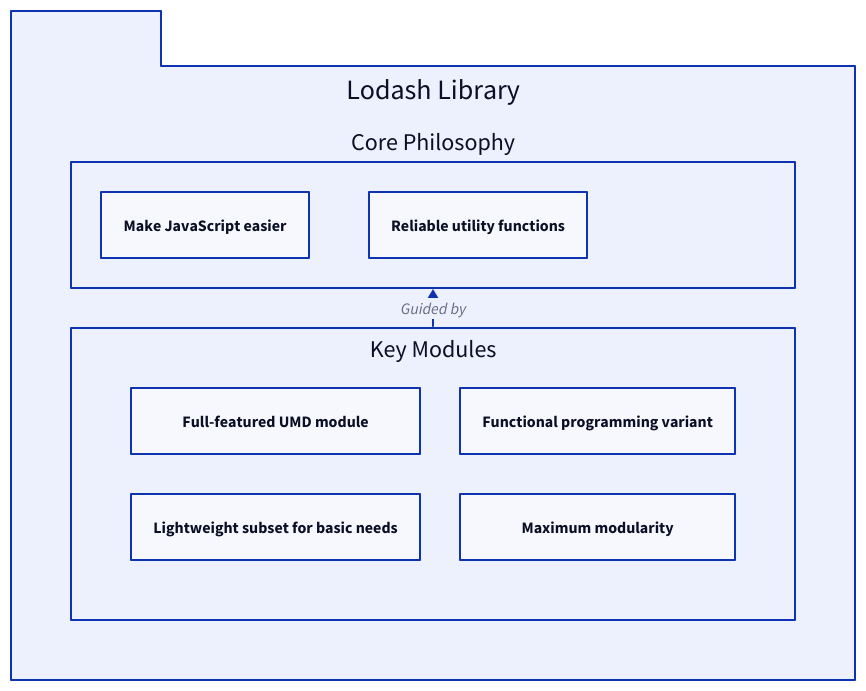
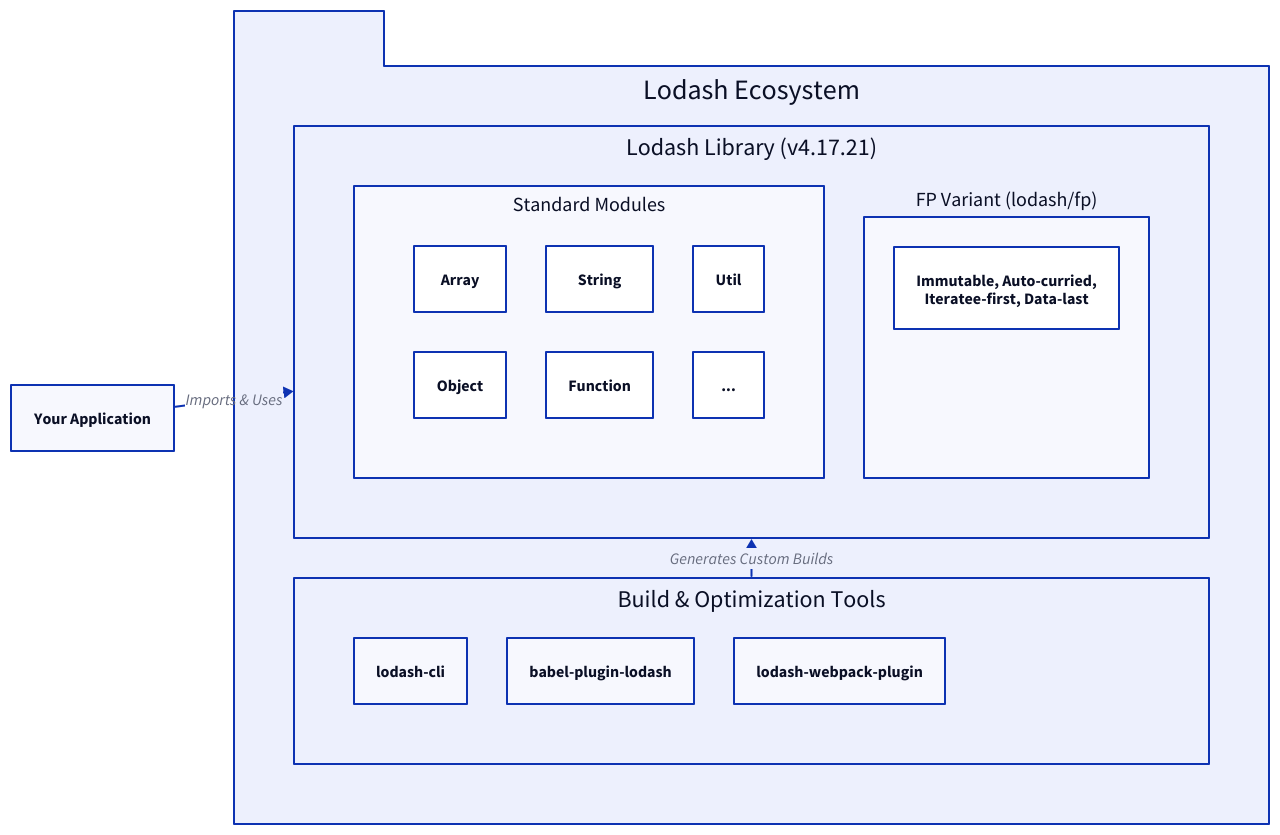
The diagram in .aigne/doc-smith/docs/overview.md (lban2049/lodash), drawn with D2 before and after one commit. The commit also changed other lines of this file and 40 other files, not shown here.

````diff
--- a/.aigne/doc-smith/docs/overview.md
+++ b/.aigne/doc-smith/docs/overview.md
@@ -19,25 +16,47 @@
 ```d2
 direction: down
 
-"Lodash Library": {
+Your-Application: {
+  shape: rectangle
+  label: "Your Application"
+}
+
+Lodash-Ecosystem: {
   shape: package
+  label: "Lodash Ecosystem"
   grid-columns: 1
 
-  "Core Philosophy": {
-    shape: rectangle
-    "Simplicity": "Make JavaScript easier"
-    "Consistency": "Reliable utility functions"
+  Lodash-Library: {
+    label: "Lodash Library (v4.17.21)"
+    grid-columns: 2
+
+    Core-Modules: {
+      label: "Standard Modules"
+      grid-columns: 3
+      Array: {}
+      Object: {}
+      String: {}
+      Function: {}
+      Util: {}
+      "...": {}
+    }
+
+    FP-Variant: {
+      label: "FP Variant (lodash/fp)"
+      "Immutable, Auto-curried,\nIteratee-first, Data-last"
+    }
   }
 
-  "Key Modules": {
-    shape: rectangle
-    grid-columns: 2
-    "Standard Build": "Full-featured UMD module"
-    "Core Build": "Lightweight subset for basic needs"
-    "FP Module": "Functional programming variant"
-    "Per-Method Packages": "Maximum modularity"
+  Build-Tools: {
+    label: "Build & Optimization Tools"
+    grid-columns: 3
+    lodash-cli: {}
+    babel-plugin-lodash: {}
+    lodash-webpack-plugin: {}
   }
+}
 
-  "Key Modules" -> "Core Philosophy": "Guided by"
-}
+Your-Application -> Lodash-Ecosystem.Lodash-Library: "Imports & Uses"
+Lodash-Ecosystem.Build-Tools -> Lodash-Ecosystem.Lodash-Library: "Generates Custom Builds"
+
 ```
````
